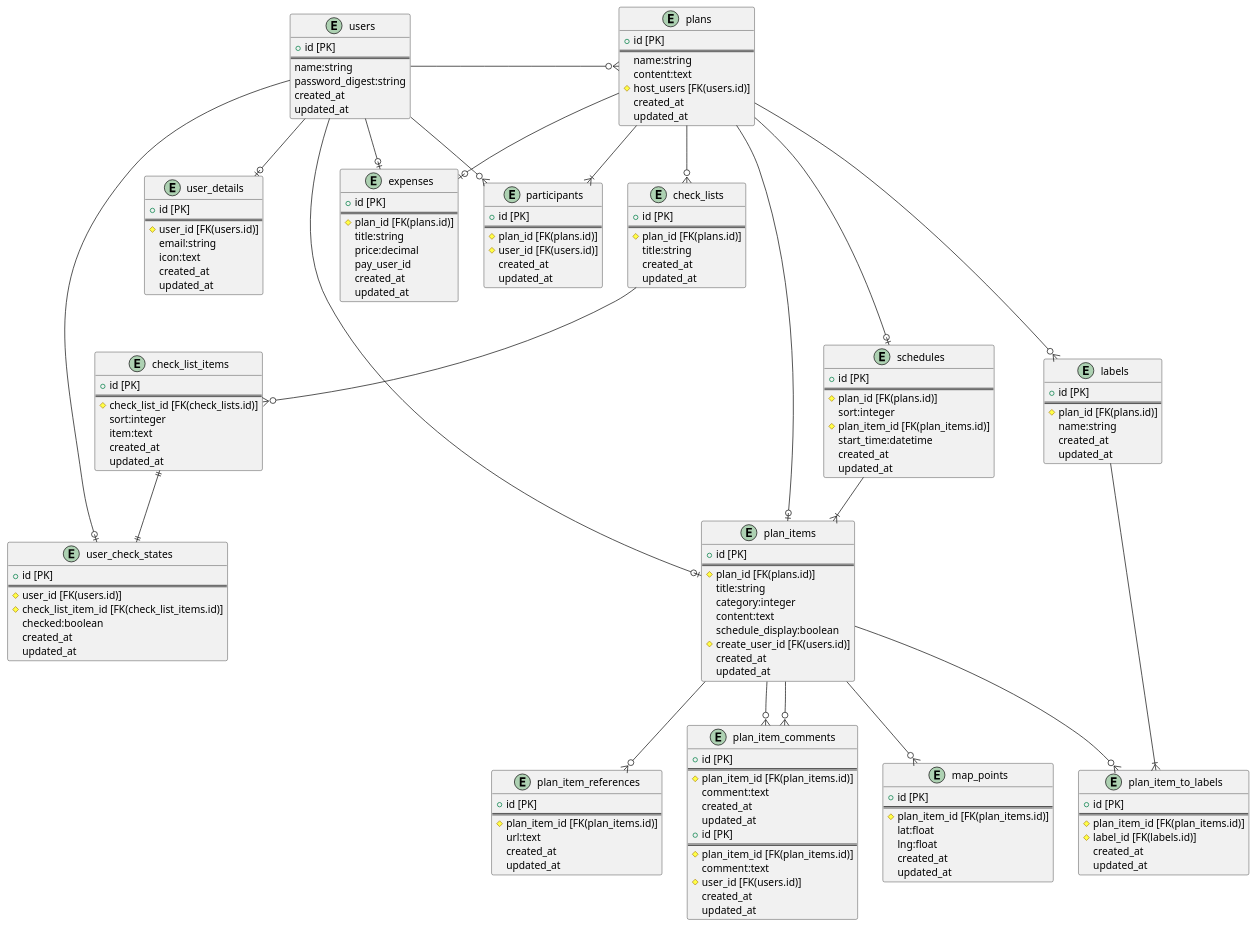
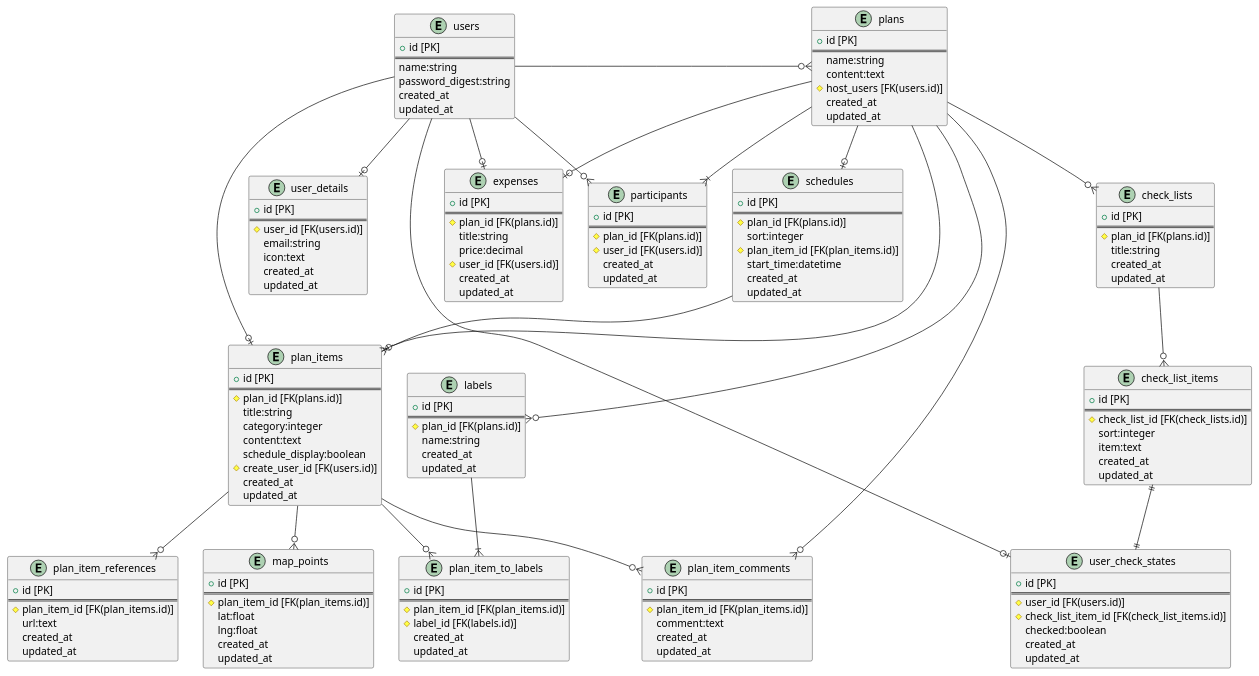
The diagram in doc/table.puml (missyu3/our_trip_old), drawn with PlantUML before and after one commit. The commit also changed 2 other files, not shown here.

```diff
--- a/doc/table.puml
+++ b/doc/table.puml
@@ -1,182 +1,173 @@
 @startuml EntityRelationship
 entity "users" {
     + id [PK]
     ==
     name:string
     password_digest:string
     created_at
     updated_at
 }
 
 entity "user_details" {
     + id [PK]
     ==
     # user_id [FK(users.id)]
     email:string
     icon:text
     created_at
     updated_at
 }
 
 entity "participants" {
     + id [PK]
     ==
     # plan_id [FK(plans.id)]
     # user_id [FK(users.id)]
     created_at
     updated_at
 }
 
 entity "plans" {
     + id [PK]
     ==
     name:string
     content:text
     # host_users [FK(users.id)]
     created_at
     updated_at
 }
 
-entity "labels" {
-    + id [PK]
-    ==
-    # plan_id [FK(plans.id)]
-    name:string
-    created_at
-    updated_at
-}
-
 entity "schedules" {
     + id [PK]
     ==
     # plan_id [FK(plans.id)]
     sort:integer
     # plan_item_id [FK(plan_items.id)]
     start_time:datetime
     created_at
     updated_at
 }
 
+
 entity "plan_items" {
     + id [PK]
     ==
     # plan_id [FK(plans.id)]
     title:string
     category:integer
     content:text
     schedule_display:boolean
     # create_user_id [FK(users.id)]
+    created_at
+    updated_at
+}
+
+entity "labels" {
+    + id [PK]
+    ==
+    # plan_id [FK(plans.id)]
+    name:string
     created_at
     updated_at
 }
 
 entity "plan_item_to_labels" {
     + id [PK]
     ==
     # plan_item_id [FK(plan_items.id)]
     # label_id [FK(labels.id)]
     created_at
     updated_at
 }
 
 entity "plan_item_references" {
     + id [PK]
     ==
     # plan_item_id [FK(plan_items.id)]
     url:text
     created_at
     updated_at
 }
 
 entity "plan_item_comments" {
     + id [PK]
     ==
     # plan_item_id [FK(plan_items.id)]
     comment:text
     created_at
     updated_at
 }
 
 entity "map_points" {
     + id [PK]
     ==
     # plan_item_id [FK(plan_items.id)]
     lat:float
     lng:float
     created_at
     updated_at
 }
 
 entity "check_lists" {
     + id [PK]
     ==
     # plan_id [FK(plans.id)]
     title:string
     created_at
     updated_at
 }
 
 entity "check_list_items" {
     + id [PK] 
     ==
     # check_list_id [FK(check_lists.id)]
     sort:integer
     item:text
     created_at
     updated_at
 }
 
 entity "user_check_states" {
     + id [PK]
     ==
     # user_id [FK(users.id)]
     # check_list_item_id [FK(check_list_items.id)]
     checked:boolean
     created_at
     updated_at
 }
 
 entity "expenses" {
     + id [PK]
     ==
     # plan_id [FK(plans.id)]
     title:string
     price:decimal
-    pay_user_id
-    created_at
-    updated_at
-}
-
-entity "plan_item_comments" {
-    + id [PK]
-    ==
-    # plan_item_id [FK(plan_items.id)]
-    comment:text
     # user_id [FK(users.id)]
     created_at
     updated_at
 }
 
 users --o| user_details
 users --right--o{ plans
 users --o{ participants
 users --o| user_check_states
 users --o| plan_items
 users --o| expenses
-plan_items --o{ plan_item_comments
+plans --o{ plan_item_comments
 plans --o| schedules
 plans --o| expenses
-plans --down--o| plan_items
+plans --o| plan_items
 plans --o{ labels
 plans --|{ participants
 plans --o{ check_lists
 schedules --|{ plan_items
 check_lists --o{ check_list_items
 check_list_items ||--|| user_check_states
 plan_items --o{ plan_item_comments
 plan_items --o{ plan_item_references
 plan_items --o{ map_points
 plan_items --o{ plan_item_to_labels
 labels --|{ plan_item_to_labels
 
 @enduml
```
